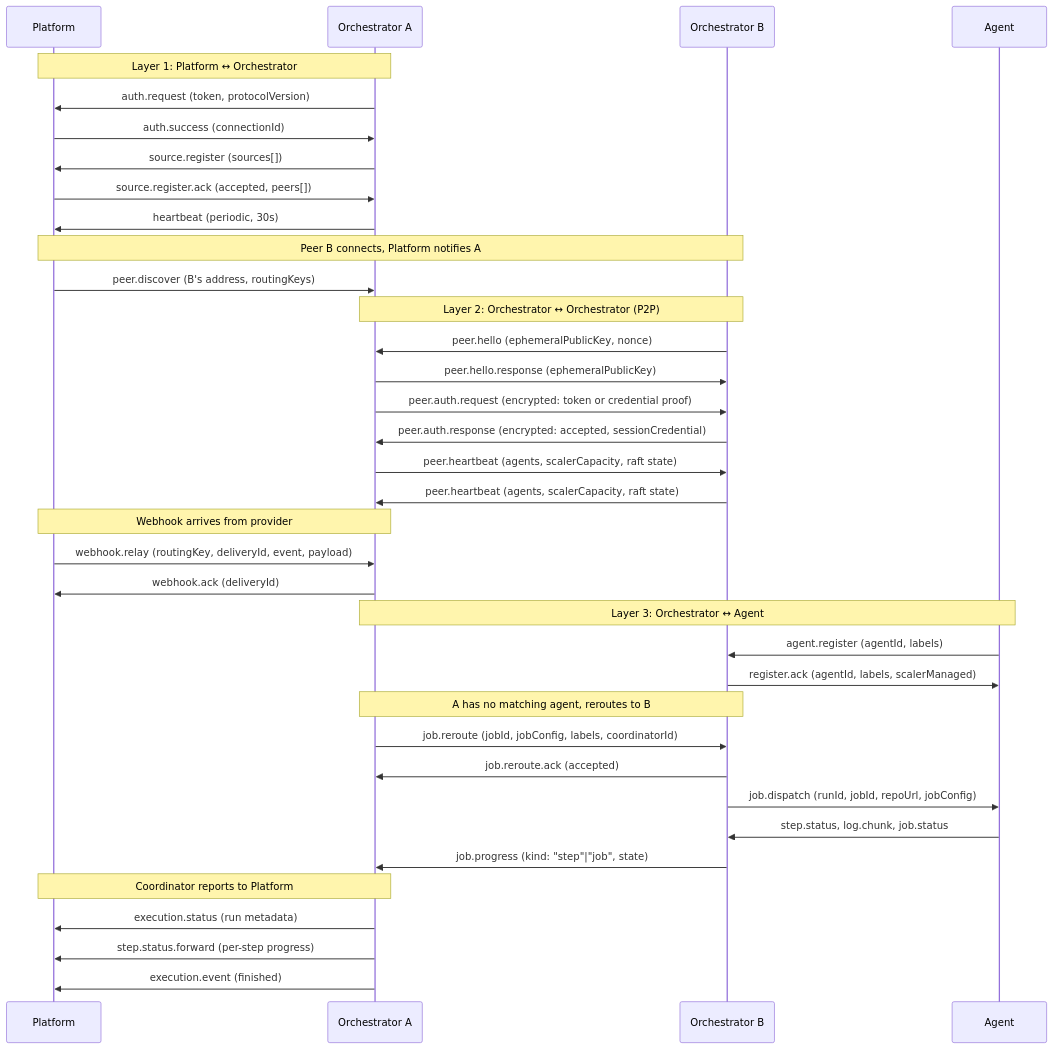
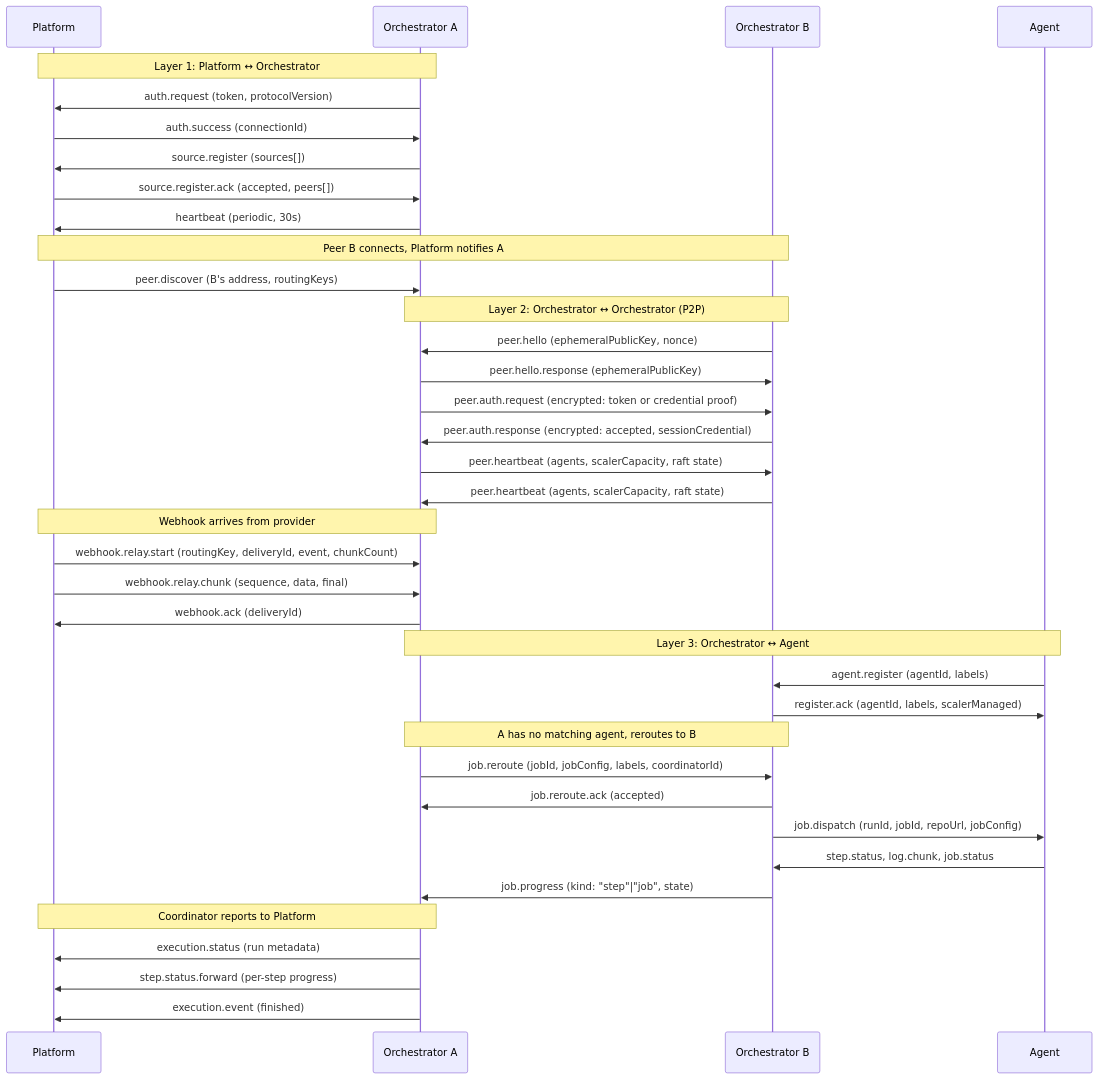
The diagram in docs/architecture/protocol/overview.md (kici-dev/kici-public), drawn with Mermaid before and after one commit. The commit also changed 329 other files, not shown here.

````diff
--- a/docs/architecture/protocol/overview.md
+++ b/docs/architecture/protocol/overview.md
@@ -10,52 +10,53 @@
 ```mermaid
 sequenceDiagram
     participant S as Platform
     participant O1 as Orchestrator A
     participant O2 as Orchestrator B
     participant A as Agent
 
     Note over S,O1: Layer 1: Platform ↔ Orchestrator
 
     O1->>S: auth.request (token, protocolVersion)
     S->>O1: auth.success (connectionId)
     O1->>S: source.register (sources[])
     S->>O1: source.register.ack (accepted, peers[])
     O1->>S: heartbeat (periodic, 30s)
 
     Note over S,O2: Peer B connects, Platform notifies A
 
     S->>O1: peer.discover (B's address, routingKeys)
 
     Note over O1,O2: Layer 2: Orchestrator ↔ Orchestrator (P2P)
 
     O2->>O1: peer.hello (ephemeralPublicKey, nonce)
     O1->>O2: peer.hello.response (ephemeralPublicKey)
     O1->>O2: peer.auth.request (encrypted: token or credential proof)
     O2->>O1: peer.auth.response (encrypted: accepted, sessionCredential)
     O1->>O2: peer.heartbeat (agents, scalerCapacity, raft state)
     O2->>O1: peer.heartbeat (agents, scalerCapacity, raft state)
 
     Note over S,O1: Webhook arrives from provider
 
-    S->>O1: webhook.relay (routingKey, deliveryId, event, payload)
+    S->>O1: webhook.relay.start (routingKey, deliveryId, event, chunkCount)
+    S->>O1: webhook.relay.chunk (sequence, data, final)
     O1->>S: webhook.ack (deliveryId)
 
     Note over O1,A: Layer 3: Orchestrator ↔ Agent
 
     A->>O2: agent.register (agentId, labels)
     O2->>A: register.ack (agentId, labels, scalerManaged)
 
     Note over O1,O2: A has no matching agent, reroutes to B
 
     O1->>O2: job.reroute (jobId, jobConfig, labels, coordinatorId)
     O2->>O1: job.reroute.ack (accepted)
     O2->>A: job.dispatch (runId, jobId, repoUrl, jobConfig)
     A->>O2: step.status, log.chunk, job.status
     O2->>O1: job.progress (kind: "step"|"job", state)
 
     Note over S,O1: Coordinator reports to Platform
 
     O1->>S: execution.status (run metadata)
     O1->>S: step.status.forward (per-step progress)
     O1->>S: execution.event (finished)
 ```
````
